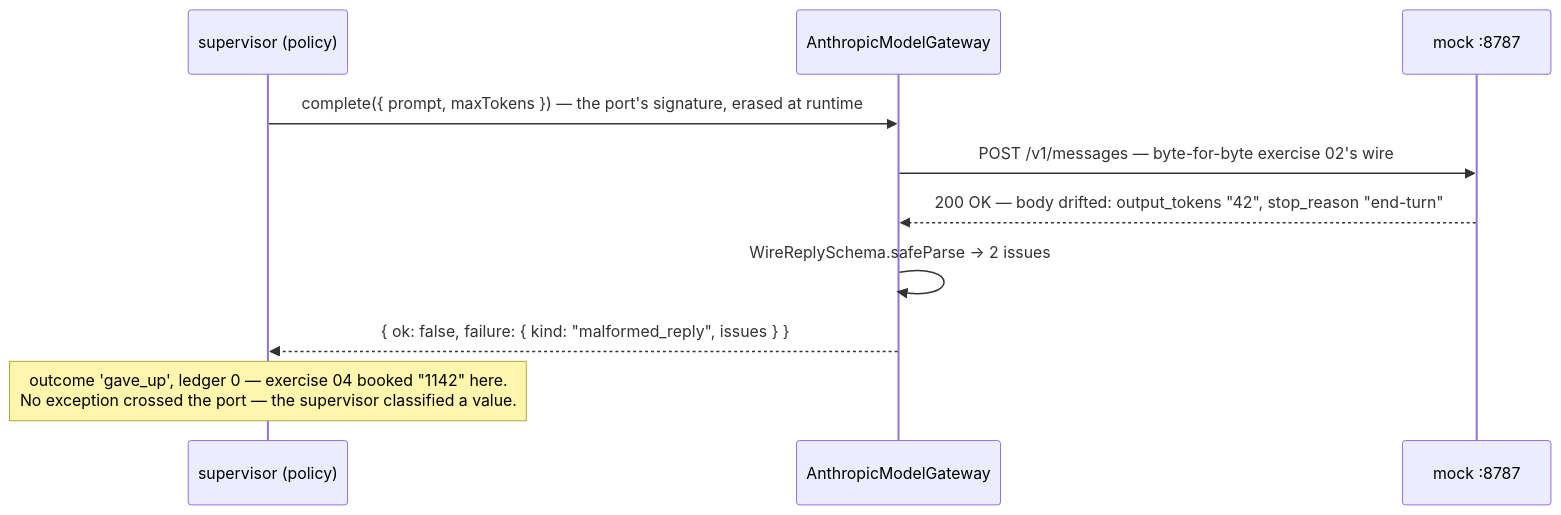
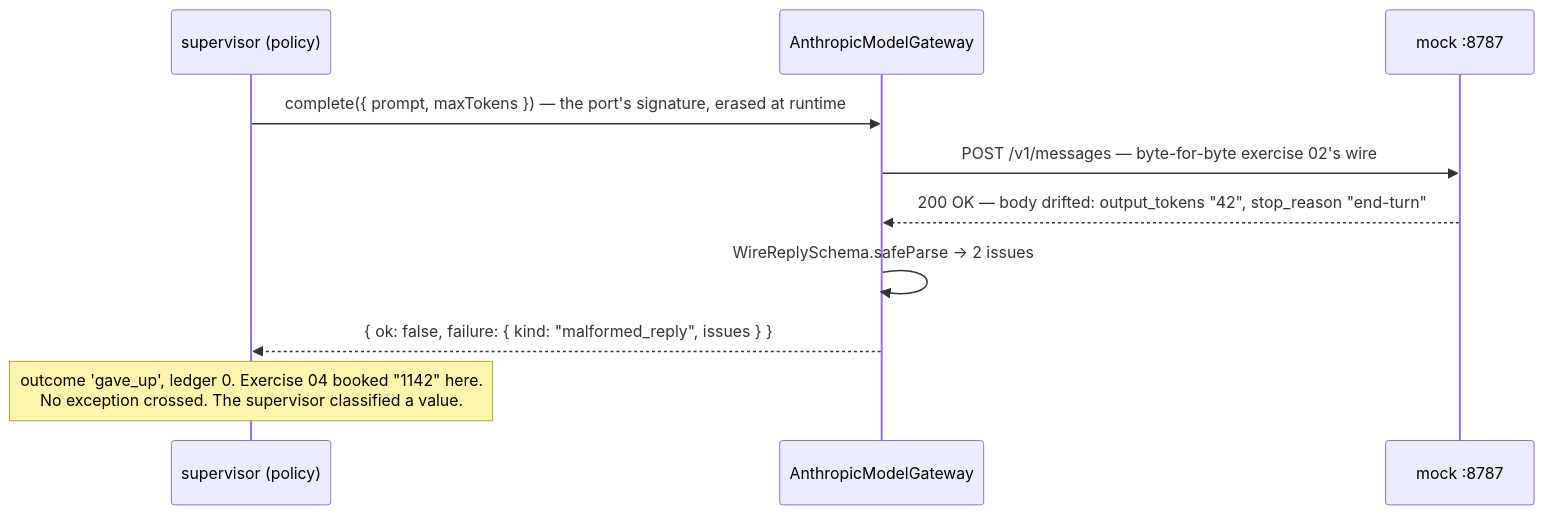
The second of 2 diagrams in wiki/lessons/lesson-0006-the-model-gateway.md (JozsefKiss90/TS), drawn with Mermaid before and after one commit. The commit also changed other lines of this file and 8 other files, not shown here.

````diff
--- a/wiki/lessons/lesson-0006-the-model-gateway.md
+++ b/wiki/lessons/lesson-0006-the-model-gateway.md
@@ -40,12 +45,12 @@
 ```mermaid
 sequenceDiagram
     participant S as supervisor (policy)
     participant A as AnthropicModelGateway
     participant M as mock :8787
     S->>A: complete({ prompt, maxTokens }) — the port's signature, erased at runtime
     A->>M: POST /v1/messages — byte-for-byte exercise 02's wire
     M-->>A: 200 OK — body drifted: output_tokens "42", stop_reason "end-turn"
     A->>A: WireReplySchema.safeParse → 2 issues
     A-->>S: { ok: false, failure: { kind: "malformed_reply", issues } }
-    Note over S: outcome 'gave_up', ledger 0 — exercise 04 booked "1142" here.<br/>No exception crossed the port — the supervisor classified a value.
+    Note over S: outcome 'gave_up', ledger 0. Exercise 04 booked "1142" here.<br/>No exception crossed. The supervisor classified a value.
 ```
````
